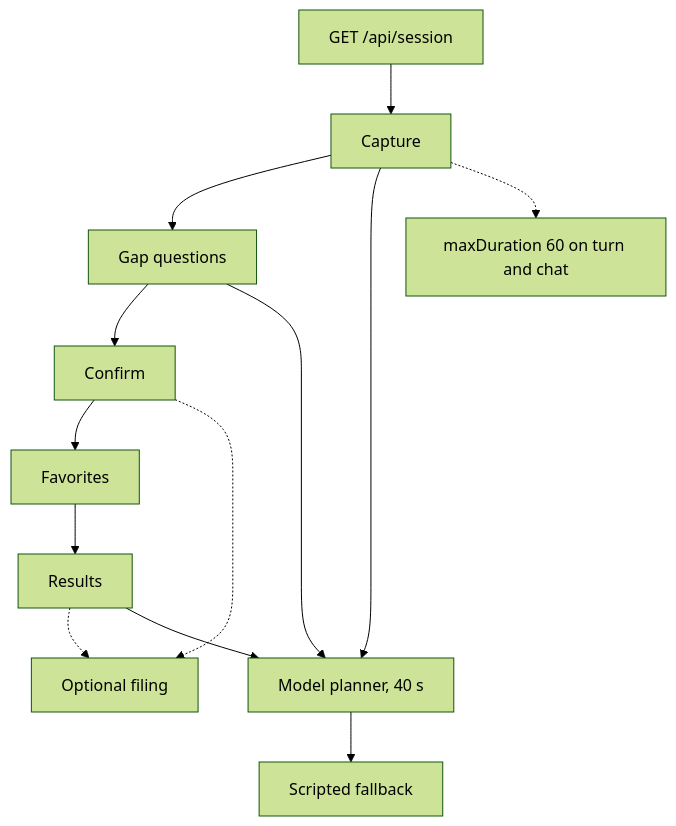
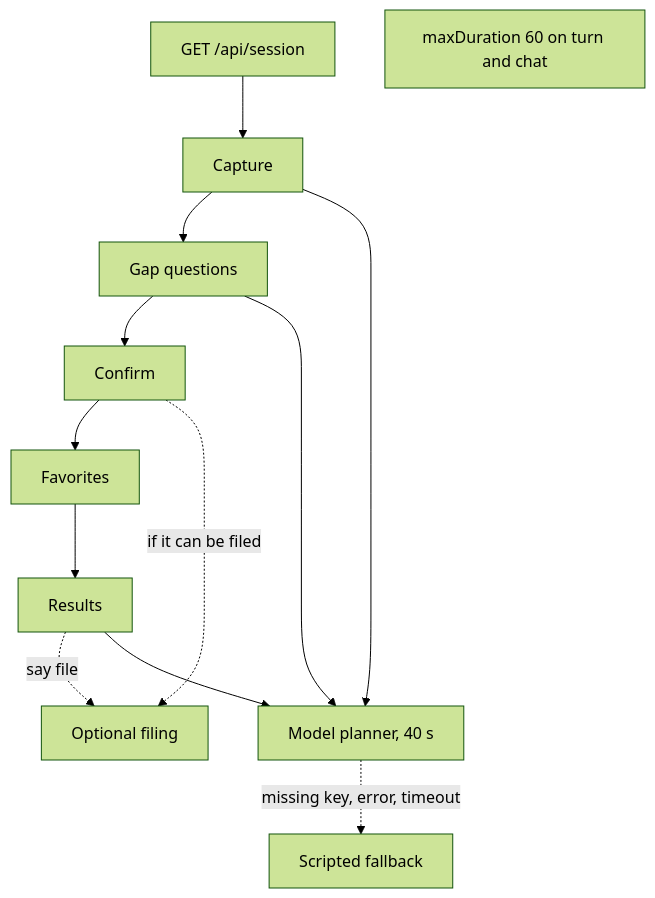
One commit to p10ns11y/proposales-planner-bench changed the second of 5 diagrams in planner-bench/docs/ARCHITECTURE.md. Above: the diagram before and after it, drawn with Mermaid (forest theme). The commit also changed other lines of this file and 3 other files, not shown here.

First line of the commit message:
Correct planner-bench architecture notes and the turn diagram.

````diff
--- a/planner-bench/docs/ARCHITECTURE.md
+++ b/planner-bench/docs/ARCHITECTURE.md
@@ -28,15 +28,15 @@
 ```mermaid
 flowchart TD
   session["GET /api/session"] --> capture["Capture"]
   capture --> gaps["Gap questions"]
   gaps --> confirm["Confirm"]
   confirm --> favorites["Favorites"]
   favorites --> results["Results"]
-  confirm -.-> filing["Optional filing"]
-  results -.-> filing
+  confirm -.->|"if it can be filed"| filing["Optional filing"]
+  results -.->|"say file"| filing
   capture --> model["Model planner, 40 s"]
   gaps --> model
   results --> model
-  model --> scripted["Scripted fallback"]
-  capture -.-> duration["maxDuration 60 on turn and chat"]
+  model -.->|"missing key, error, timeout"| scripted["Scripted fallback"]
+  duration["maxDuration 60 on turn and chat"]
 ```
````
